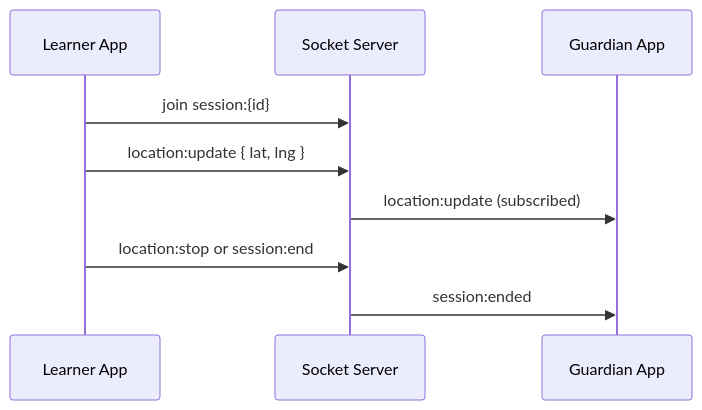
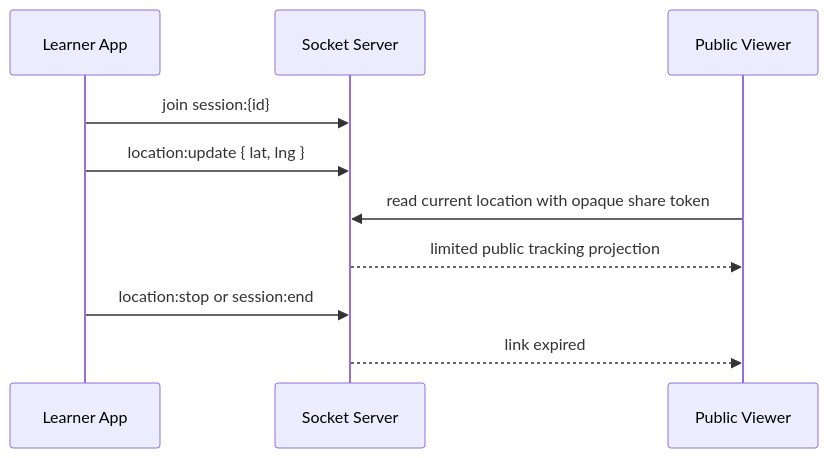
One commit to learn2driveng/learn2driveng-client changed the third of 3 diagrams in docs/architecture.md. Above: the diagram before and after it, drawn with Mermaid. The commit also changed other lines of this file and 121 other files, not shown here.

````diff
--- a/docs/architecture.md
+++ b/docs/architecture.md
@@ -222,12 +234,13 @@
 ```mermaid
 sequenceDiagram
     participant L as Learner App
     participant S as Socket Server
-    participant G as Guardian App
+    participant V as Public Viewer
 
     L->>S: join session:{id}
     L->>S: location:update { lat, lng }
-    S->>G: location:update (subscribed)
+    V->>S: read current location with opaque share token
+    S-->>V: limited public tracking projection
     L->>S: location:stop or session:end
-    S->>G: session:ended
+    S-->>V: link expired
 ```
````
